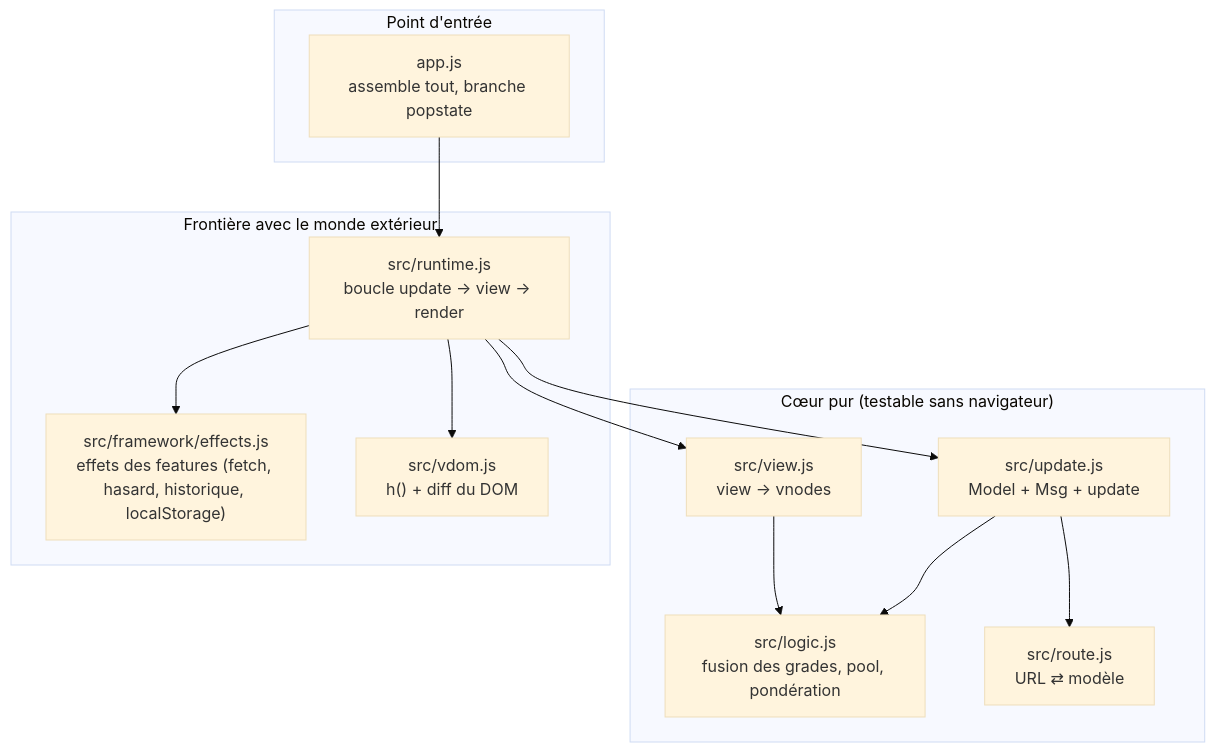
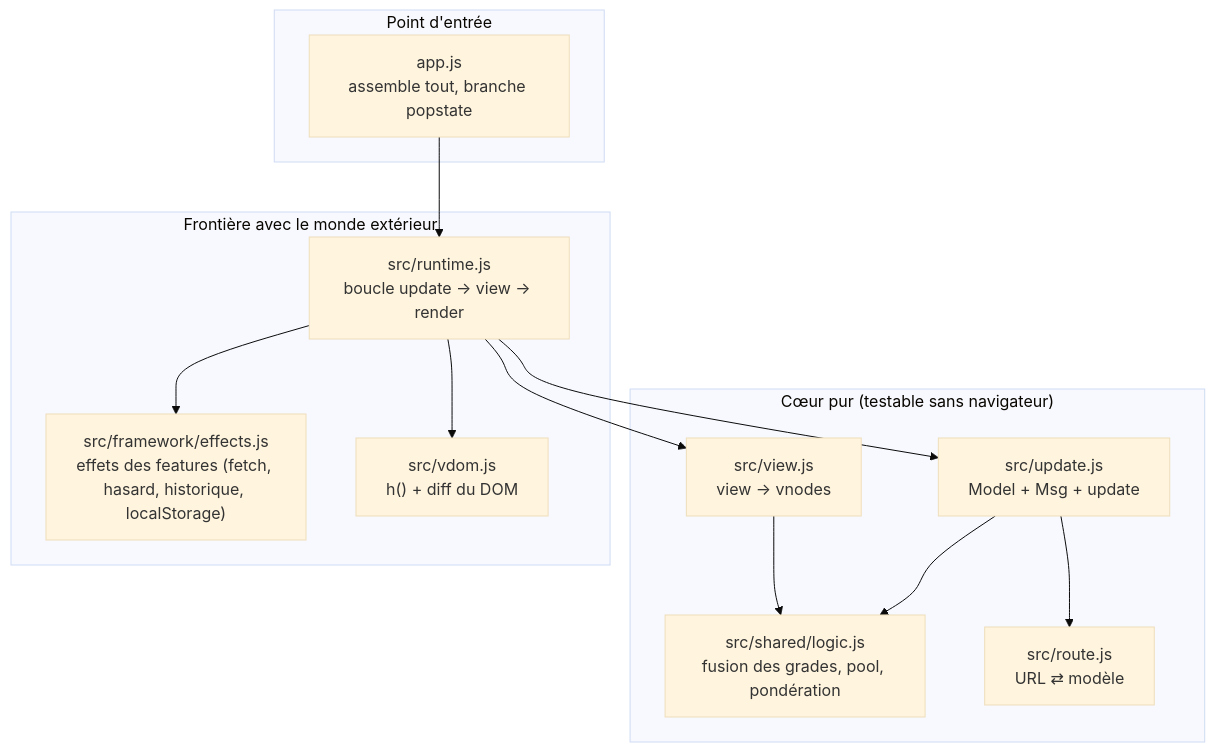
One commit to devsigner/aikido-trainer changed the second of 6 diagrams in README.md. Above: the diagram before and after it, drawn with Mermaid (base theme). The commit also changed 11 other files, not shown here.

Commit message:
Group card and logic in src/shared (v.42)

````diff
--- a/README.md
+++ b/README.md
@@ -122,25 +122,25 @@
 ```mermaid
 flowchart TB
     subgraph entry["Point d'entrée"]
         APP["app.js<br/>assemble tout, branche popstate"]
     end
     subgraph pure["Cœur pur (testable sans navigateur)"]
         UPD["src/update.js<br/>Model + Msg + update"]
         VIEW["src/view.js<br/>view → vnodes"]
-        LOG["src/logic.js<br/>fusion des grades, pool, pondération"]
+        LOG["src/shared/logic.js<br/>fusion des grades, pool, pondération"]
         ROUTE["src/route.js<br/>URL ⇄ modèle"]
     end
     subgraph impure["Frontière avec le monde extérieur"]
         RUN["src/runtime.js<br/>boucle update → view → render"]
         EFF["src/framework/effects.js<br/>effets des features (fetch, hasard, historique, localStorage)"]
         VDOM["src/vdom.js<br/>h() + diff du DOM"]
     end
     APP --> RUN
     RUN --> UPD
     RUN --> VIEW
     RUN --> EFF
     RUN --> VDOM
     UPD --> LOG
     UPD --> ROUTE
     VIEW --> LOG
 ```
````
